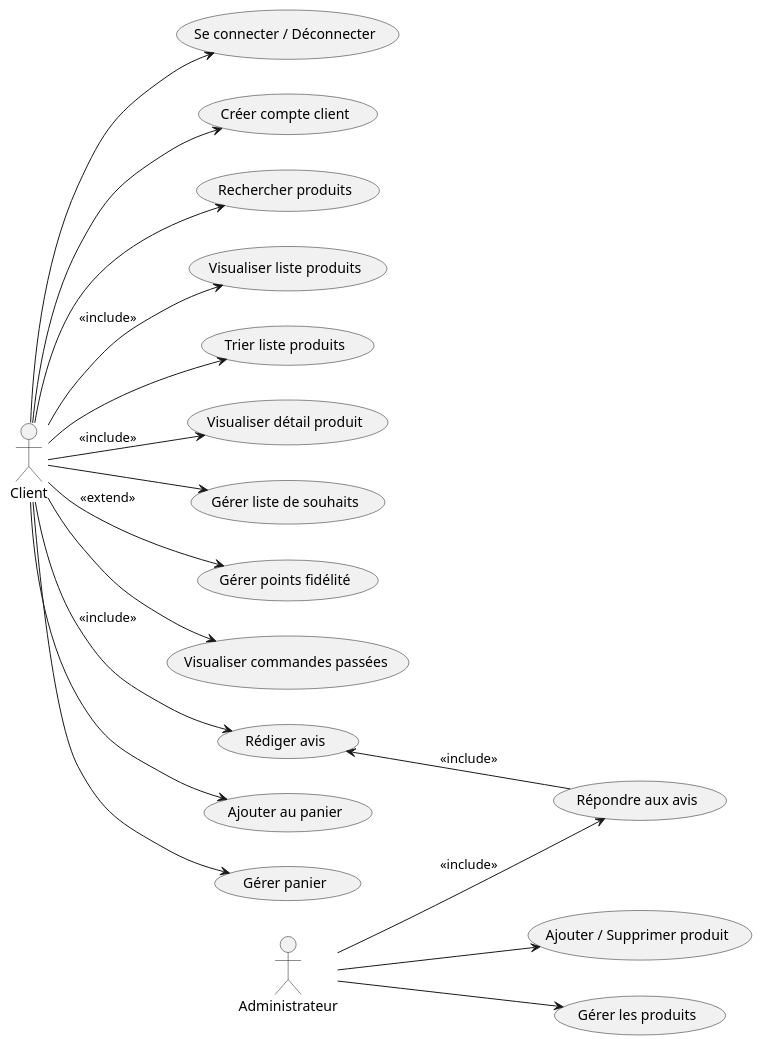
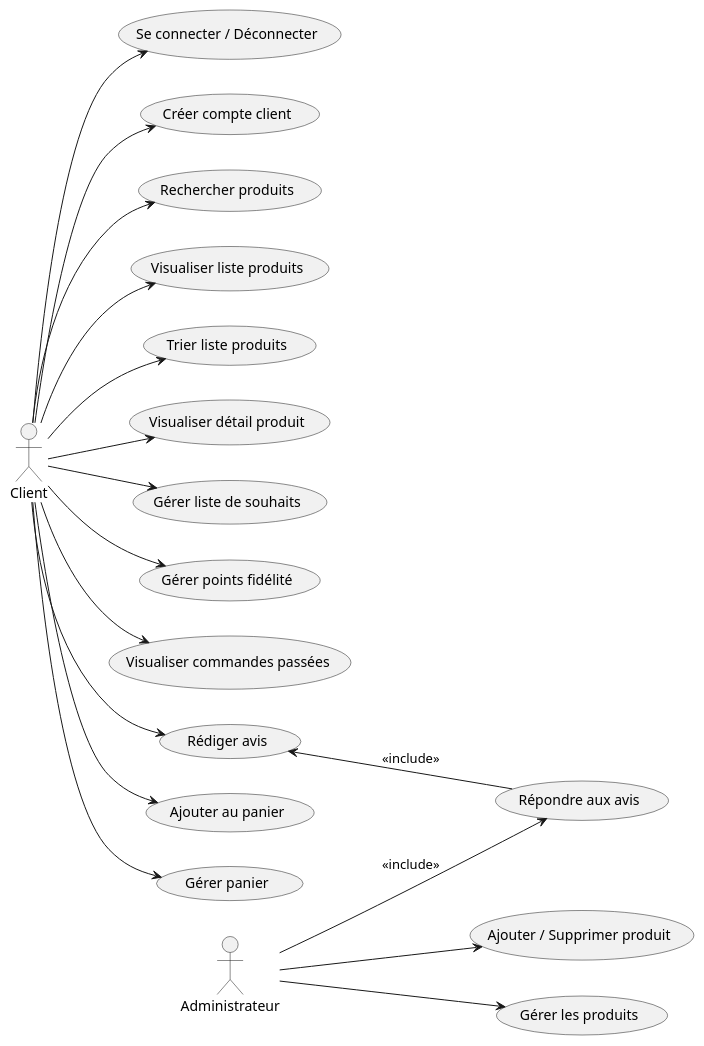
The diagram in USE_CASE/usecase.pu (IUT-Blagnac/sae-3-01-devapp-2024-2025-g1b6), drawn with PlantUML before and after one commit.

```diff
--- a/USE_CASE/usecase.pu
+++ b/USE_CASE/usecase.pu
@@ -1,36 +1,36 @@
 @startuml
 left to right direction
 
 actor Client
 actor Administrateur
 
 ' Account Management
 Client --> (Se connecter / Déconnecter)
 Client --> (Créer compte client)
 
 ' Product Management
 Client --> (Rechercher produits)
-Client --> (Visualiser liste produits) : <<include>>
+Client --> (Visualiser liste produits)
 Client --> (Trier liste produits)
-Client --> (Visualiser détail produit) : <<include>>
+Client --> (Visualiser détail produit)
 
 ' Wishlist and Loyalty
 Client --> (Gérer liste de souhaits)
-Client --> (Gérer points fidélité) : <<extend>>
+Client --> (Gérer points fidélité)
 
 ' Order History and Reviews
 Client --> (Visualiser commandes passées)
-Client --> (Rédiger avis) : <<include>>
+Client --> (Rédiger avis)
 
 ' Cart Management
 Client --> (Ajouter au panier)
 Client --> (Gérer panier)
 
 ' Administrator Console
 Administrateur --> (Ajouter / Supprimer produit)
 Administrateur --> (Gérer les produits)
 Administrateur --> (Répondre aux avis) : <<include>>
 
 ' Relation between Reviews and Responses
 (Rédiger avis) <-- (Répondre aux avis) : <<include>>
 @enduml
```
